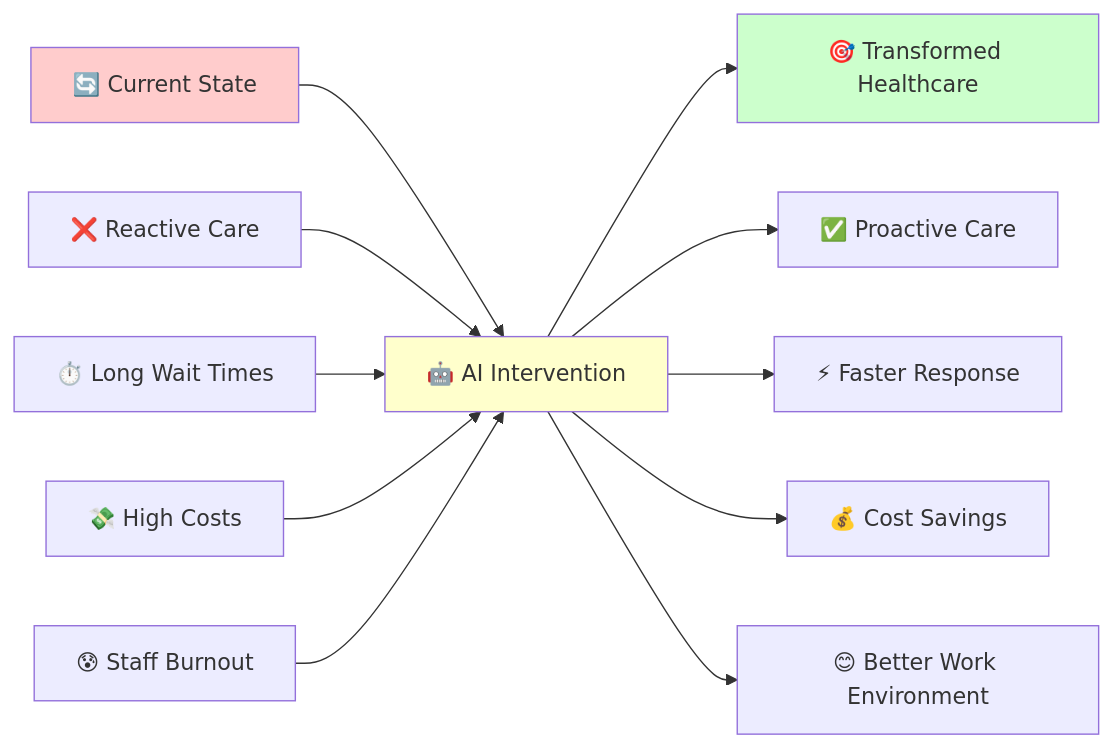
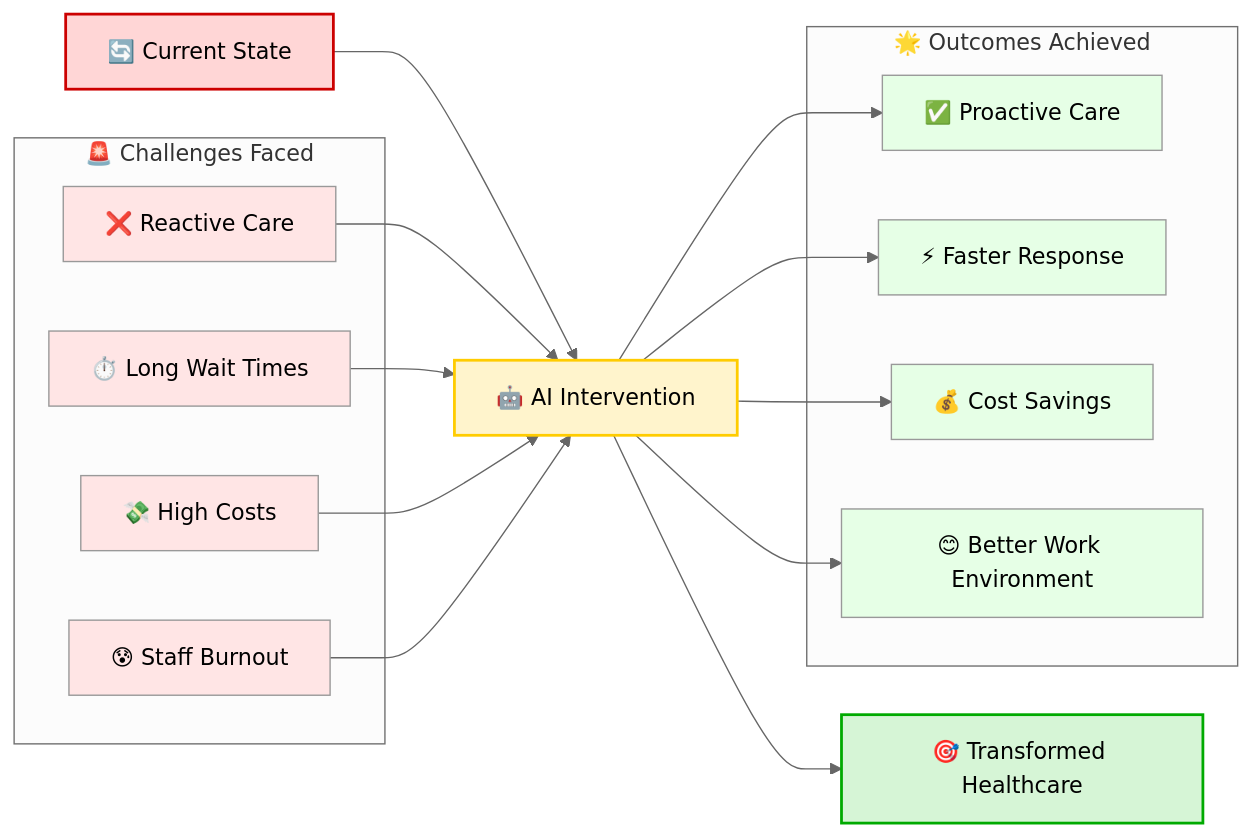
The fourth of 18 diagrams in report.md (hr1juldey/FairWorks_FairDOC), drawn with Mermaid before and after one commit. The commit also changed other lines of this file, not shown here.

````diff
--- a/report.md
+++ b/report.md
@@ -102,19 +123,58 @@
 ```mermaid
+---
+config:
+  theme: neutral
+  flowchart:
+    curve: basis
+---
+
 graph LR
-    A[🔄 Current State] --> B[🤖 AI Intervention]
-    B --> C[🎯 Transformed Healthcare]
-    
-    A1[❌ Reactive Care] --> B
-    A2[⏱️ Long Wait Times] --> B
-    A3[💸 High Costs] --> B
-    A4[😰 Staff Burnout] --> B
-    
-    B --> C1[✅ Proactive Care]
-    B --> C2[⚡ Faster Response]
-    B --> C3[💰 Cost Savings]
-    B --> C4[😊 Better Work Environment]
-    
-    style A fill:#ffcccc
-    style B fill:#ffffcc
-    style C fill:#ccffcc
+    %% Core Flow
+    A[🔄 Current State]
+    B[🤖 AI Intervention]
+    C[🎯 Transformed Healthcare]
+
+    A --> B --> C
+
+    %% Current Problems
+    subgraph Current_Issues ["🚨 Challenges Faced"]
+      A1[❌ Reactive Care]
+      A2[⏱️ Long Wait Times]
+      A3[💸 High Costs]
+      A4[😰 Staff Burnout]
+    end
+
+    A1 --> B
+    A2 --> B
+    A3 --> B
+    A4 --> B
+
+    %% Transformed Outcomes
+    subgraph Future_Outcomes ["🌟 Outcomes Achieved"]
+      C1[✅ Proactive Care]
+      C2[⚡ Faster Response]
+      C3[💰 Cost Savings]
+      C4[😊 Better Work Environment]
+    end
+
+    B --> C1
+    B --> C2
+    B --> C3
+    B --> C4
+
+    %% Node Colors
+    style A fill:#ffd6d6,stroke:#cc0000,stroke-width:2px,color:#000
+    style B fill:#fff4cc,stroke:#ffcc00,stroke-width:2px,color:#000
+    style C fill:#d6f5d6,stroke:#00aa00,stroke-width:2px,color:#000
+
+    style A1 fill:#ffe5e5,color:#000
+    style A2 fill:#ffe5e5,color:#000
+    style A3 fill:#ffe5e5,color:#000
+    style A4 fill:#ffe5e5,color:#000
+
+    style C1 fill:#e6ffe6,color:#000
+    style C2 fill:#e6ffe6,color:#000
+    style C3 fill:#e6ffe6,color:#000
+    style C4 fill:#e6ffe6,color:#000
+
 ```
````
